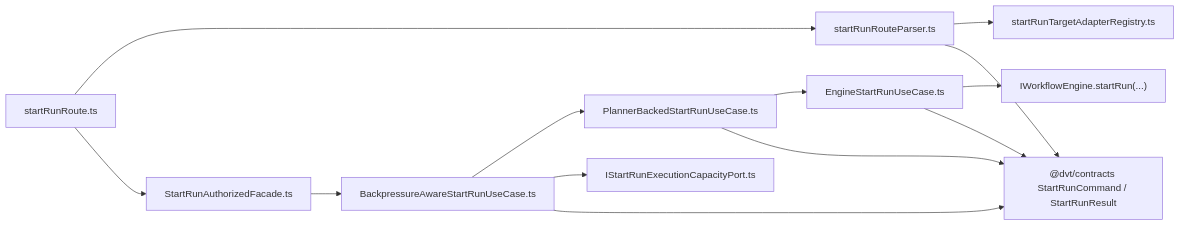
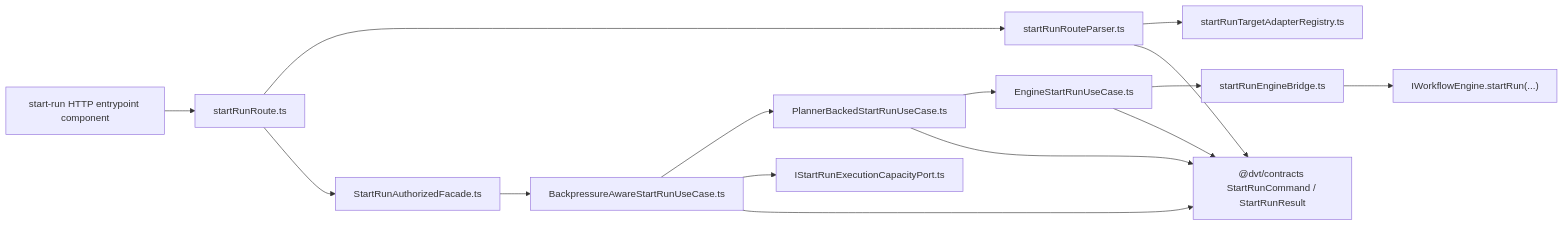
One commit to dunay2/dvt changed the first of 2 diagrams in apps/api/docs/start-run-application-component.md. Above: the diagram before and after it, drawn with Mermaid. The commit also changed other lines of this file and 17 other files, not shown here.

Commit message:
refactor(api): Isolate start-run application and HTTP seams

````diff
--- a/apps/api/docs/start-run-application-component.md
+++ b/apps/api/docs/start-run-application-component.md
@@ -77,15 +100,17 @@
 ```mermaid
 flowchart LR
-  Route["startRunRoute.ts"] --> Parser["startRunRouteParser.ts"]
+  Http["start-run HTTP entrypoint component"] --> Route["startRunRoute.ts"]
+  Route --> Parser["startRunRouteParser.ts"]
   Parser --> Registry["startRunTargetAdapterRegistry.ts"]
   Route --> Facade["StartRunAuthorizedFacade.ts"]
   Facade --> Admission["BackpressureAwareStartRunUseCase.ts"]
   Admission --> Planner["PlannerBackedStartRunUseCase.ts"]
   Planner --> Engine["EngineStartRunUseCase.ts"]
+  Engine --> Bridge["startRunEngineBridge.ts"]
   Admission --> Capacity["IStartRunExecutionCapacityPort.ts"]
-  Engine --> Workflow["IWorkflowEngine.startRun(...)"]
+  Bridge --> Workflow["IWorkflowEngine.startRun(...)"]
   Admission --> Contract["@dvt/contracts StartRunCommand / StartRunResult"]
   Planner --> Contract
   Engine --> Contract
   Parser --> Contract
 ```
````
